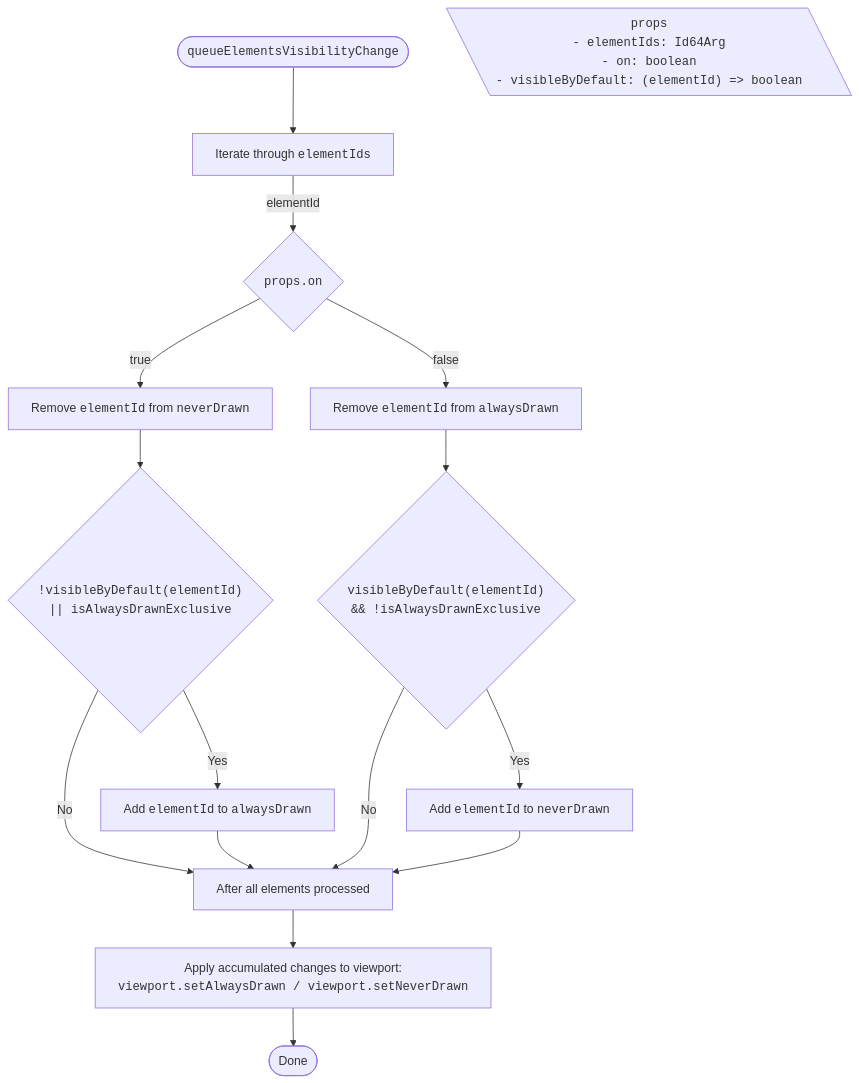
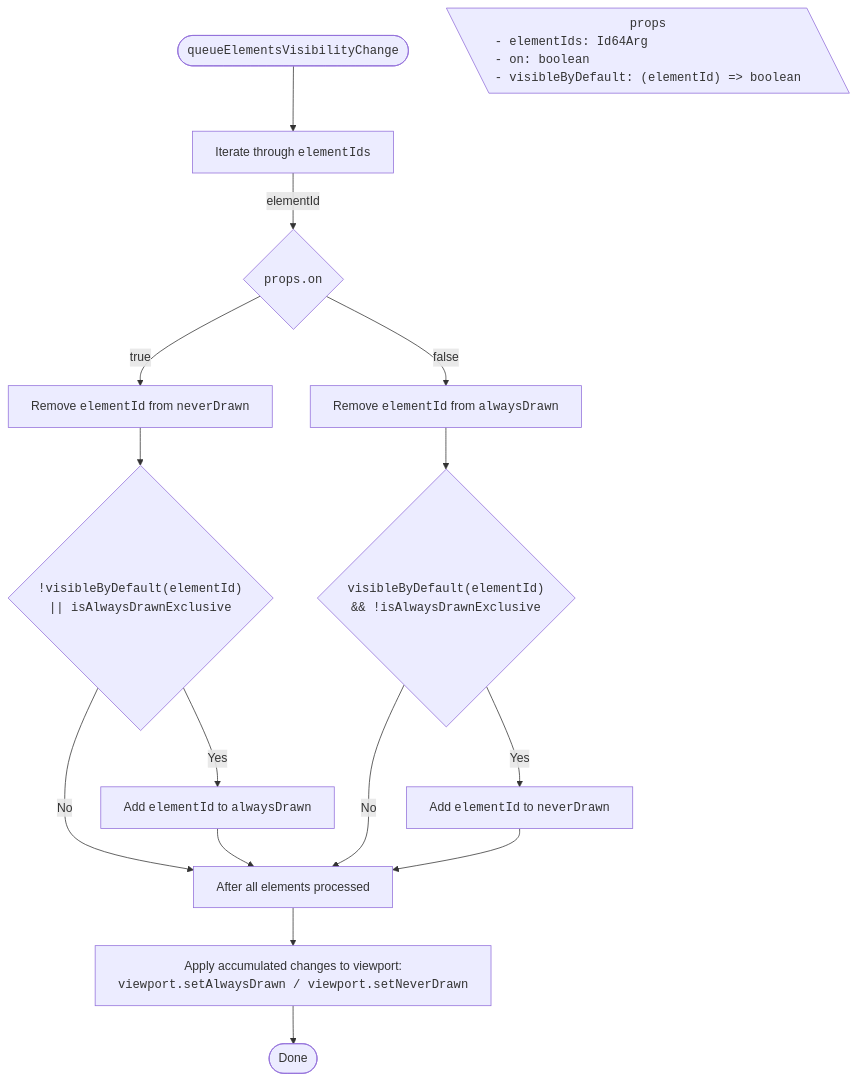
Before and after one commit to iTwin/viewer-components-react: diagram 13 of 14 in packages/itwin/tree-widget/docs/SharedVisibilityHandling.md, drawn with Mermaid. The commit also changed other lines of this file and 3 other files, not shown here.

````diff
--- a/packages/itwin/tree-widget/docs/SharedVisibilityHandling.md
+++ b/packages/itwin/tree-widget/docs/SharedVisibilityHandling.md
@@ -837,38 +837,38 @@
 ```mermaid
 ---
 config:
   flowchart:
     wrappingWidth: 750
     useMaxWidth: false
 ---
 
 flowchart TD
   RESULT_Done([Done])
 
   %% Start
   TITLE(["<code>queueElementsVisibilityChange</code>"]) --> A["Iterate through <code>elementIds</code>"]
 
   PROPS[\"
     <code>props</code>
-    <code style='text-align: left;'>- elementIds: Id64Arg<br/> - on: boolean<br/> - visibleByDefault: (elementId) => boolean</code>
+    <code style='display: block; text-align: left;'>- elementIds: Id64Arg<br/> - on: boolean<br/> - visibleByDefault: (elementId) => boolean</code>
   "\]
 
   A -- elementId --> B{"<code>props.on</code>"}
 
   %% Turn on
   B -- true --> C1["Remove <code>elementId</code> from <code>neverDrawn</code>"]
   C1 --> D1{"<code>!visibleByDefault(elementId)<br/> || isAlwaysDrawnExclusive</code>"}
   D1 -- Yes --> E1["Add <code>elementId</code> to <code>alwaysDrawn</code>"]
   D1 -- No --> F
   E1 --> F
 
   %% Turn off
   B -- false --> C2["Remove <code>elementId</code> from <code>alwaysDrawn</code>"]
   C2 --> D2{"<code>visibleByDefault(elementId)<br/> && !isAlwaysDrawnExclusive</code>"}
   D2 -- Yes --> E2["Add <code>elementId</code> to <code>neverDrawn</code>"]
   D2 -- No --> F
   E2 --> F
 
   F["After all elements processed"] --> G["Apply accumulated changes to viewport:<br/><code>viewport.setAlwaysDrawn / viewport.setNeverDrawn</code>"]
   G --> RESULT_Done
 ```
````
